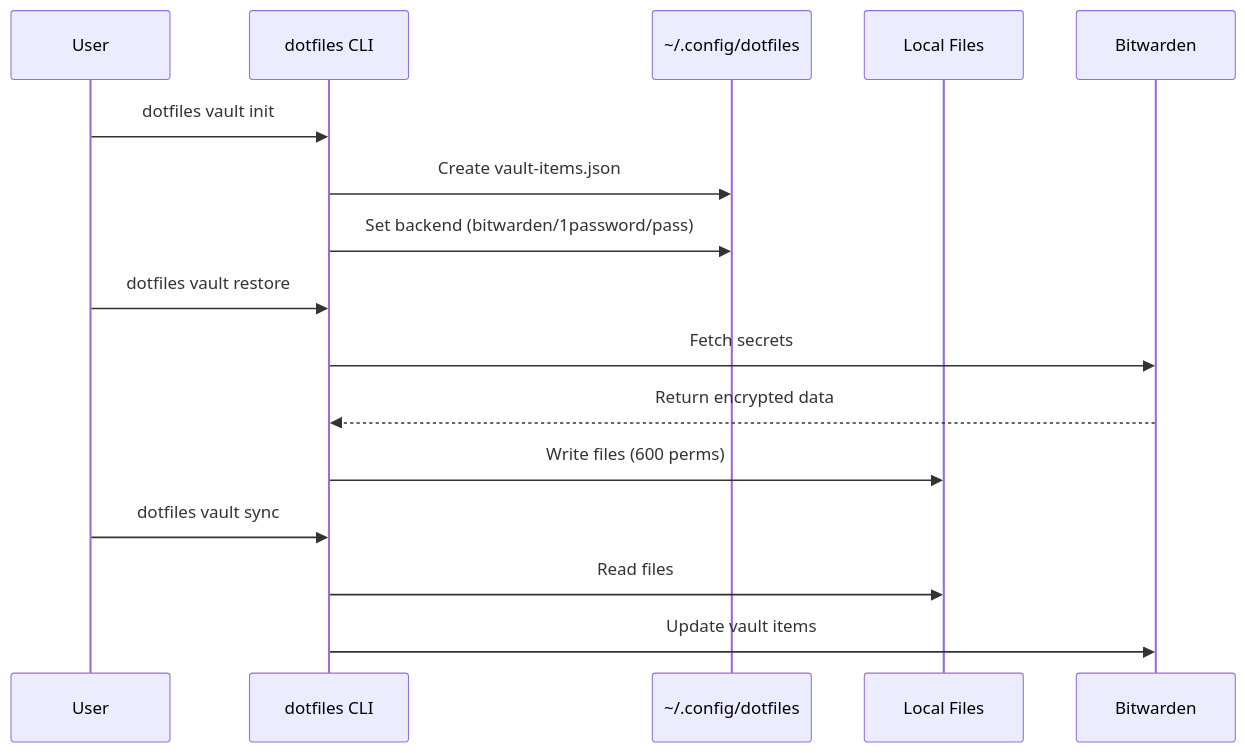
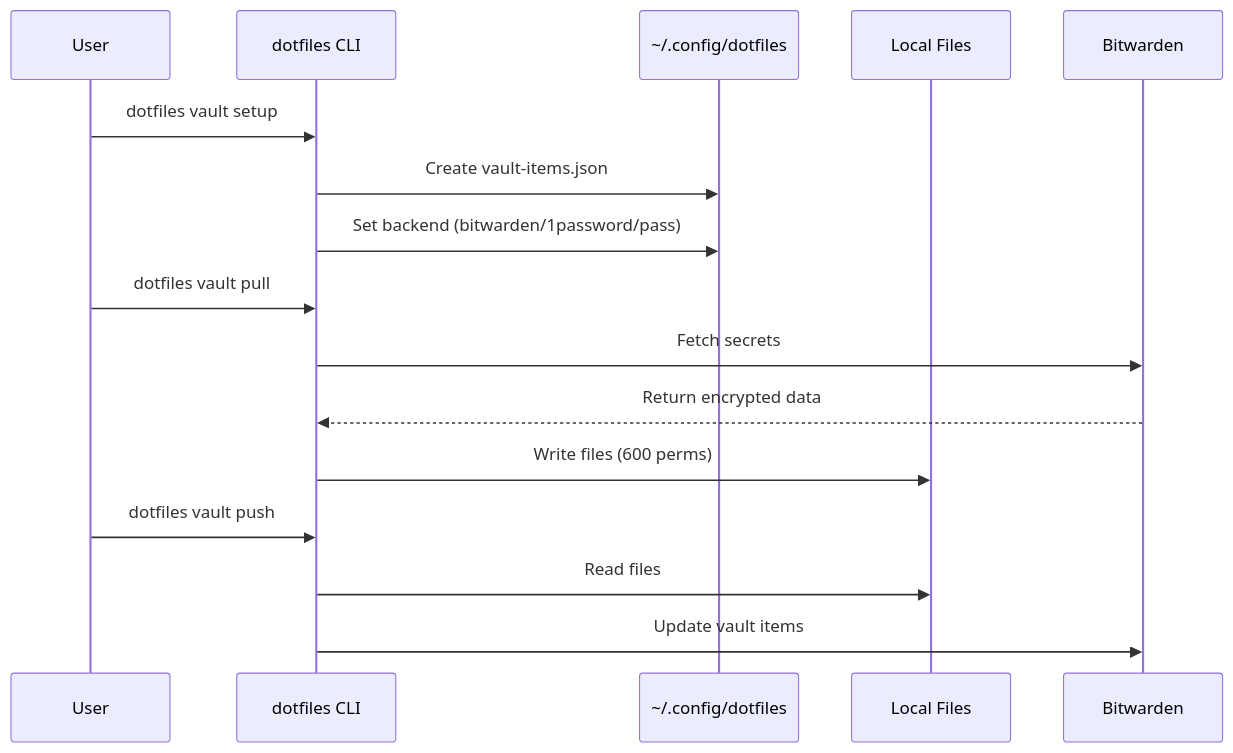
The sixth of 9 diagrams in docs/architecture.md (blackwell-systems/blackdot), drawn with Mermaid before and after one commit. The commit also changed other lines of this file and 1 other file, not shown here.

Commit message:
docs: Update architecture and CLI reference with v3.0 commands
Updated documentation to reflect v3.0 command namespace:

docs/architecture.md:
- Sequence diagram: init→setup, restore→pull, sync→push
- Data flow table: Updated vault commands

docs/cli-reference.md:
- Quick reference: restore→pull, sync→push
- vault pull section: Updated from vault restore
- vault push section: Updated from vault sync
- Examples: All sync→push
- Environment variables: restore→pull

All references to old commands (init, discover, restore, sync) replaced
with v3.0 commands (setup, scan, pull, push).

````diff
--- a/docs/architecture.md
+++ b/docs/architecture.md
@@ -265,21 +265,21 @@
 ```mermaid
 sequenceDiagram
     participant User
     participant CLI as dotfiles CLI
     participant Config as ~/.config/dotfiles
     participant Local as Local Files
     participant BW as Bitwarden
 
-    User->>CLI: dotfiles vault init
+    User->>CLI: dotfiles vault setup
     CLI->>Config: Create vault-items.json
     CLI->>Config: Set backend (bitwarden/1password/pass)
 
-    User->>CLI: dotfiles vault restore
+    User->>CLI: dotfiles vault pull
     CLI->>BW: Fetch secrets
     BW-->>CLI: Return encrypted data
     CLI->>Local: Write files (600 perms)
 
-    User->>CLI: dotfiles vault sync
+    User->>CLI: dotfiles vault push
     CLI->>Local: Read files
     CLI->>BW: Update vault items
 ```
````
